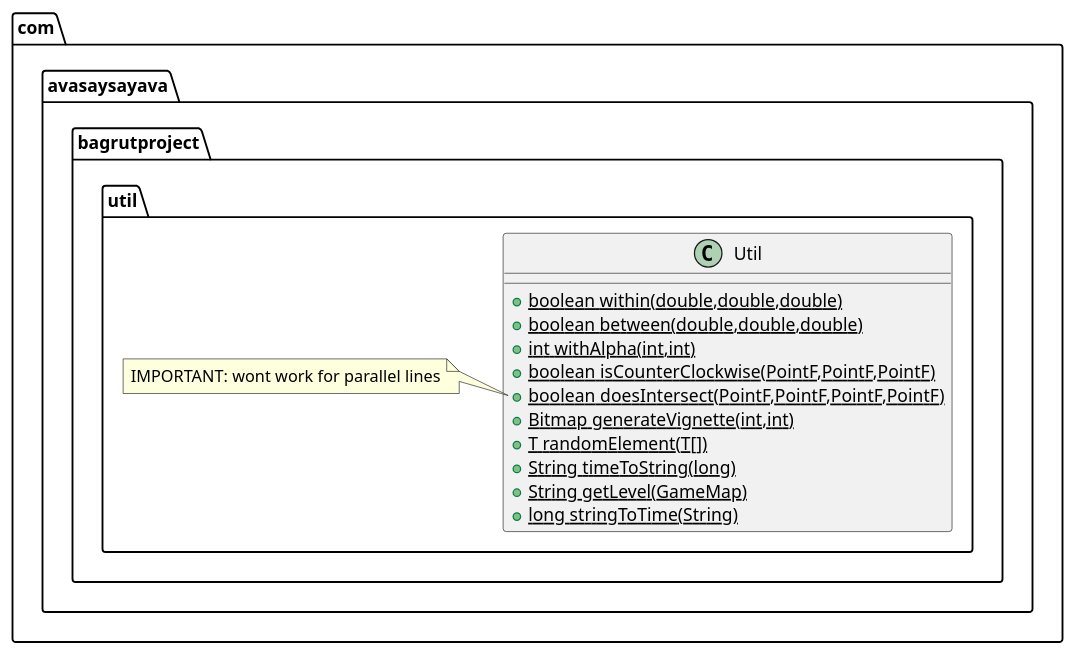
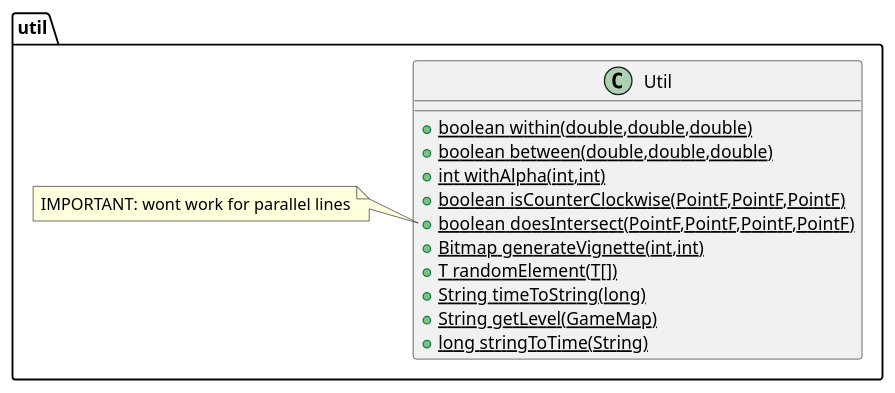
Before and after one commit to Avasay-Sayava/BagrutProject: the diagram in ProjectApp/app/src/main/java/com/avasaysayava/bagrutproject/util/Util.puml, drawn with PlantUML. The commit also changed 41 other files, not shown here.

```diff
--- a/ProjectApp/app/src/main/java/com/avasaysayava/bagrutproject/util/Util.puml
+++ b/ProjectApp/app/src/main/java/com/avasaysayava/bagrutproject/util/Util.puml
@@ -1,18 +1,18 @@
 @startuml
-class com.avasaysayava.bagrutproject.util.Util {
+class util.Util {
 + {static} boolean within(double,double,double)
 + {static} boolean between(double,double,double)
 + {static} int withAlpha(int,int)
 + {static} boolean isCounterClockwise(PointF,PointF,PointF)
 + {static} boolean doesIntersect(PointF,PointF,PointF,PointF)
 + {static} Bitmap generateVignette(int,int)
 + {static} T randomElement(T[])
 + {static} String timeToString(long)
 + {static} String getLevel(GameMap)
 + {static} long stringToTime(String)
 }
-note left of com.avasaysayava.bagrutproject.util.Util::doesIntersect(PointF,PointF,PointF,PointF)
+note left of util.Util::doesIntersect(PointF,PointF,PointF,PointF)
  IMPORTANT: wont work for parallel lines
 end note
 
 @enduml
```
